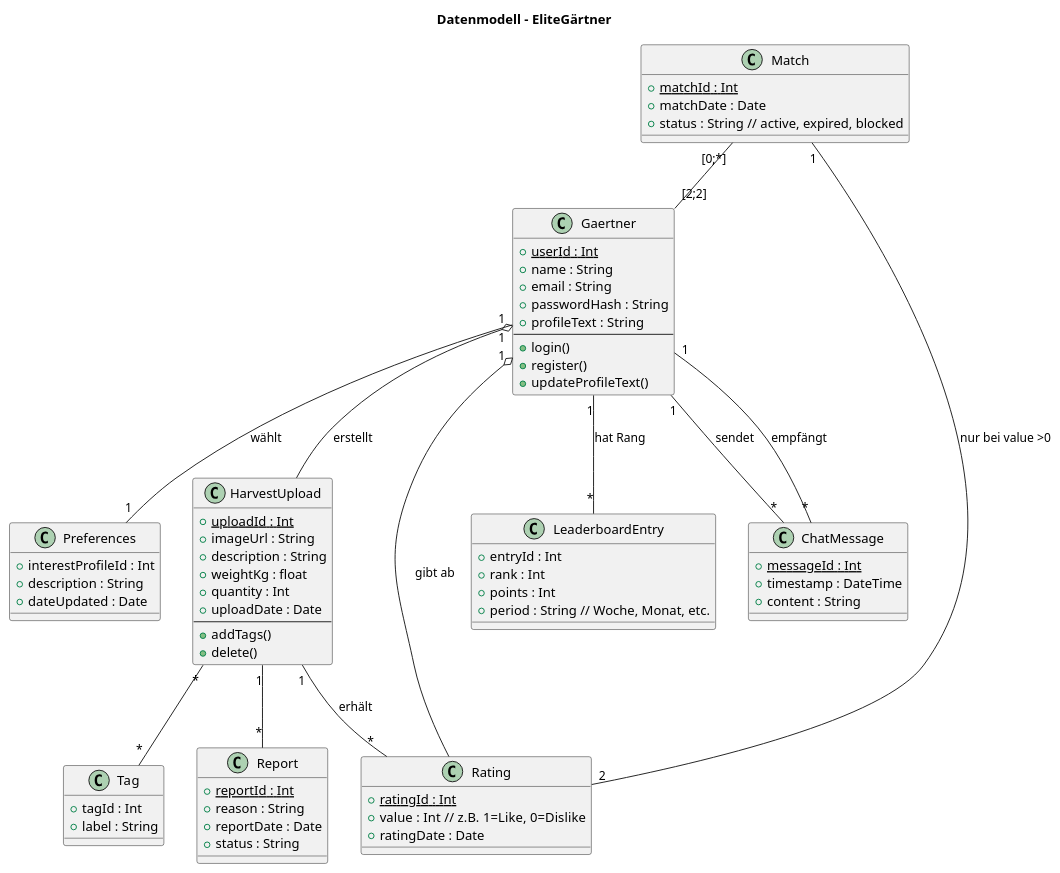
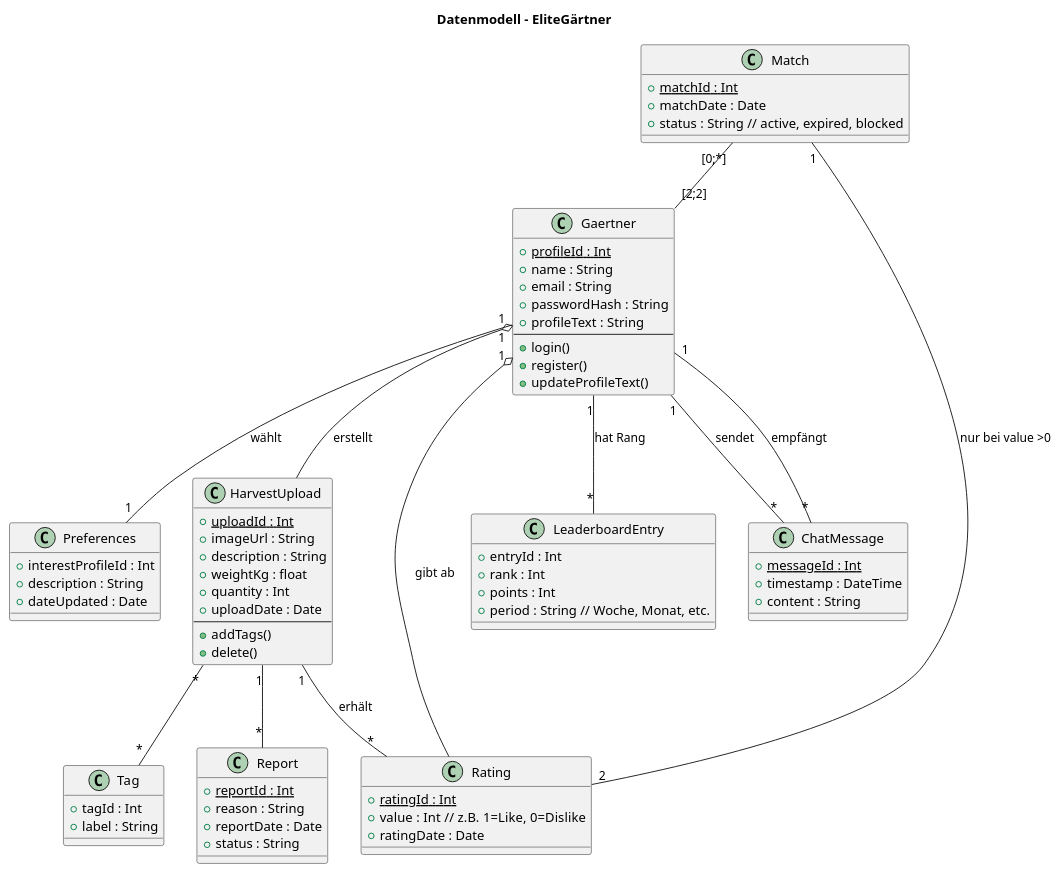
Before and after one commit to Team-Spassgetraenk/EliteGaertner: the diagram in EliteGaertner/docs/Datenmodell.puml, drawn with PlantUML. The commit also changed 31 other files, not shown here.

```diff
--- a/EliteGaertner/docs/Datenmodell.puml
+++ b/EliteGaertner/docs/Datenmodell.puml
@@ -1,93 +1,93 @@
 @startuml
 title Datenmodell – EliteGärtner
 
 
 skinparam ranksep 70
 
 class Match {
   +<u>matchId : Int
   +matchDate : Date
   +status : String // active, expired, blocked
 }
 
 class Gaertner {
-  +<u>userId : Int
+  +<u>profileId : Int
   +name : String
   +email : String
   +passwordHash : String
   +profileText : String
   --
   +login()
   +register()
   +updateProfileText()
 }
 
 class Preferences {
   +interestProfileId : Int
   +description : String
   +dateUpdated : Date
 }
 
 class Tag {
   +tagId : Int
   +label : String
 }
 
 class HarvestUpload {
   +<u>uploadId : Int
   +imageUrl : String
   +description : String
   +weightKg : float
   +quantity : Int
   +uploadDate : Date
   --
   +addTags()
   +delete()
 }
 
 class Rating {
   +<u>ratingId : Int
   +value : Int  // z.B. 1=Like, 0=Dislike
   +ratingDate : Date
 }
 
 class Report {
   +<u>reportId : Int
   +reason : String
   +reportDate : Date
   +status : String
 }
 
 class LeaderboardEntry {
   +entryId : Int
   +rank : Int
   +points : Int
   +period : String // Woche, Monat, etc.
 }
 
 class ChatMessage {
   +<u>messageId : Int
   +timestamp : DateTime
   +content : String
 }
 
 '--- Beziehungen ---
 
 
 Gaertner "1" -- "1" Preferences : wählt
 Gaertner "1" o-- HarvestUpload : erstellt
 HarvestUpload "*" -- "*" Tag
 Gaertner "1" o-- Rating : gibt ab
 HarvestUpload "1" -- "*" Rating : erhält
 
 Match "[0;*]" -- "[2;2]" Gaertner
 Match "1" -- "2" Rating : nur bei value >0
 
 HarvestUpload "1" -- "*" Report
 
 
 Gaertner "1" -- "*" LeaderboardEntry : hat Rang
 Gaertner "1" -- "*" ChatMessage : sendet
 Gaertner "1" -- "*" ChatMessage : empfängt
 
 @enduml
```
